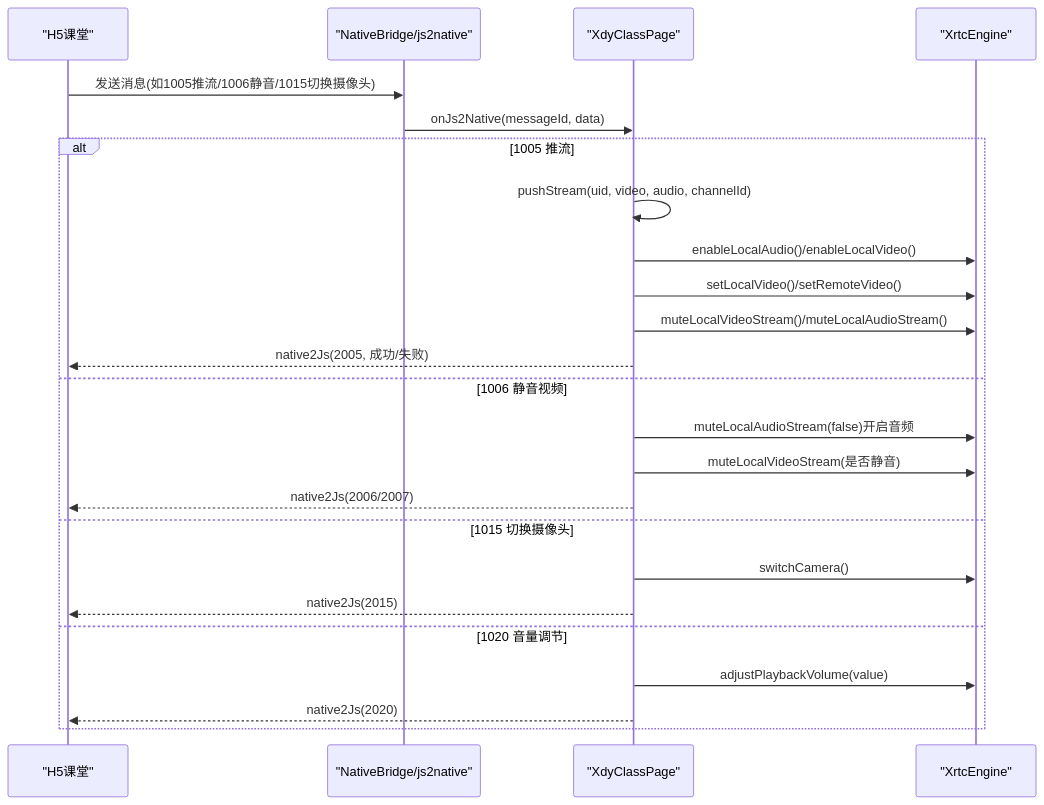
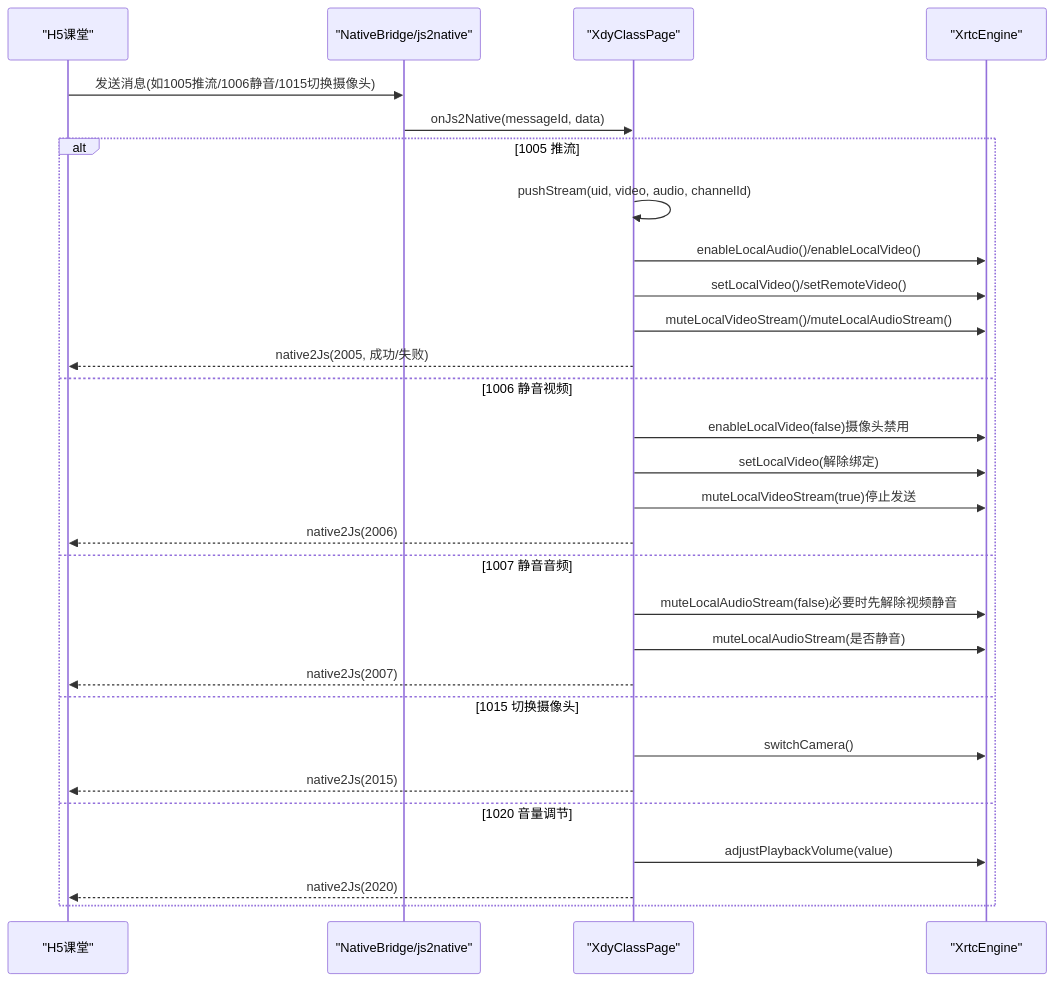
The second of 9 diagrams in .qoder/repowiki/zh/content/主要功能模块/音视频通话系统/音视频推流控制.md (huz1xuan/harmony_XDY), drawn with Mermaid before and after one commit. The commit also changed other lines of this file and 15 other files, not shown here.

````diff
--- a/.qoder/repowiki/zh/content/主要功能模块/音视频通话系统/音视频推流控制.md
+++ b/.qoder/repowiki/zh/content/主要功能模块/音视频通话系统/音视频推流控制.md
@@ -78,26 +85,31 @@
 ```mermaid
 sequenceDiagram
 participant H5 as "H5课堂"
 participant Bridge as "NativeBridge/js2native"
 participant Page as "XdyClassPage"
 participant Engine as "XrtcEngine"
 H5->>Bridge : 发送消息(如1005推流/1006静音/1015切换摄像头)
 Bridge->>Page : onJs2Native(messageId, data)
 alt 1005 推流
 Page->>Page : pushStream(uid, video, audio, channelId)
 Page->>Engine : enableLocalAudio()/enableLocalVideo()
 Page->>Engine : setLocalVideo()/setRemoteVideo()
 Page->>Engine : muteLocalVideoStream()/muteLocalAudioStream()
 Page-->>H5 : native2Js(2005, 成功/失败)
 else 1006 静音视频
-Page->>Engine : muteLocalAudioStream(false)开启音频
-Page->>Engine : muteLocalVideoStream(是否静音)
-Page-->>H5 : native2Js(2006/2007)
+Page->>Engine : enableLocalVideo(false)摄像头禁用
+Page->>Engine : setLocalVideo(解除绑定)
+Page->>Engine : muteLocalVideoStream(true)停止发送
+Page-->>H5 : native2Js(2006)
+else 1007 静音音频
+Page->>Engine : muteLocalAudioStream(false)必要时先解除视频静音
+Page->>Engine : muteLocalAudioStream(是否静音)
+Page-->>H5 : native2Js(2007)
 else 1015 切换摄像头
 Page->>Engine : switchCamera()
 Page-->>H5 : native2Js(2015)
 else 1020 音量调节
 Page->>Engine : adjustPlaybackVolume(value)
 Page-->>H5 : native2Js(2020)
 end
 ```
````
